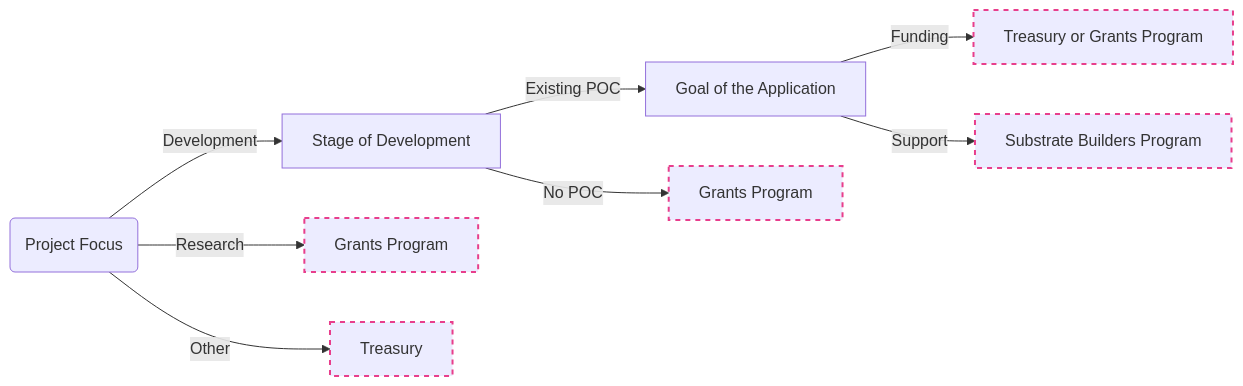
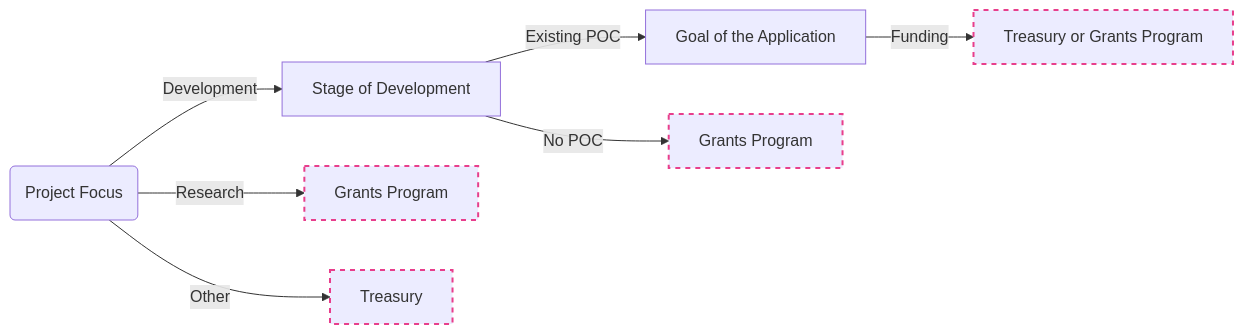
Before and after one commit to w3f/Grants-Program: the diagram in docs/process.md, drawn with Mermaid. The commit also changed 186 other files, not shown here.

````diff
--- a/docs/process.md
+++ b/docs/process.md
@@ -13,21 +13,18 @@
 ```mermaid
 flowchart LR
     A(Project Focus)
     A -->|Development| B[Stage of Development]
     A -->|Research| C[Grants Program]
     A -->|Other| D[Treasury]
     B -->|Existing POC| E[Goal of the Application]
     B -->|No POC| F[Grants Program]
     E -->|Funding| G[Treasury or Grants Program]
-    E -->|Support| H[Substrate Builders Program]
     style C stroke:#e83e8c,stroke-width:2px,stroke-dasharray: 5 5
     style D stroke:#e83e8c,stroke-width:2px,stroke-dasharray: 5 5
     style F stroke:#e83e8c,stroke-width:2px,stroke-dasharray: 5 5
     style G stroke:#e83e8c,stroke-width:2px,stroke-dasharray: 5 5
-    style H stroke:#e83e8c,stroke-width:2px,stroke-dasharray: 5 5
     
     click C "Process/how-to-apply" "Apply now"
     click F "Process/how-to-apply" "Apply now"
     click D "https://wiki.polkadot.network/docs/en/learn-treasury" "https://wiki.polkadot.network/docs/en/learn-treasury" _blank
-    click H "https://www.substrate.io/builders-program/" "https://www.substrate.io/builders-program" _blank
 ```
````
